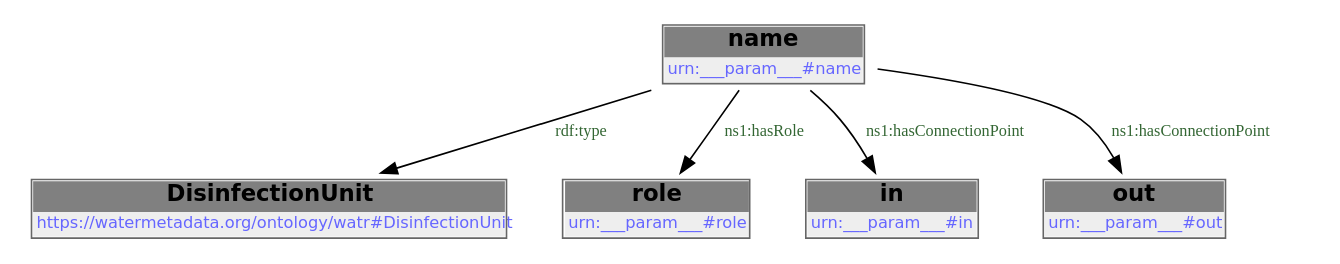
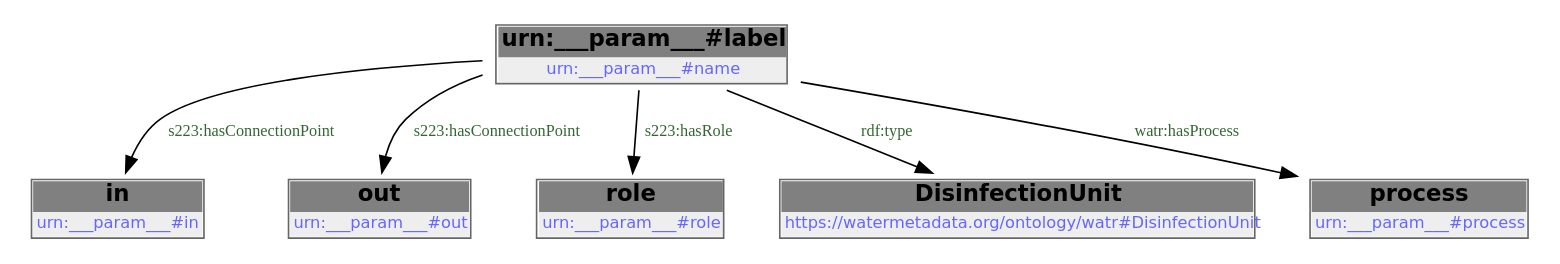
One commit to DataDrivenCPS/water-ontology changed the diagram in docs/libraries/templates/contact-chamber.rst. Above: the diagram before and after it, drawn with Graphviz. The commit also changed other lines of this file and 83 other files, not shown here.

```diff
--- a/docs/libraries/templates/contact-chamber.rst
+++ b/docs/libraries/templates/contact-chamber.rst
@@ -78,14 +81,22 @@
-        .. graphviz::
+.. graphviz::
 
-                digraph G {
-            node [fontname="DejaVu Sans"];
-            node0 -> node1 [color=BLACK, label=< <font point-size='10' color='#336633'>rdf:type</font> >];
-            node0 -> node2 [color=BLACK, label=< <font point-size='10' color='#336633'>ns1:hasRole</font> >];
-            node0 -> node3 [color=BLACK, label=< <font point-size='10' color='#336633'>ns1:hasConnectionPoint</font> >];
-            node0 -> node4 [color=BLACK, label=< <font point-size='10' color='#336633'>ns1:hasConnectionPoint</font> >];
-            node0 [shape=none, color=black, label=< <table color='#666666' cellborder='0' cellspacing='0' border='1'><tr><td colspan='2' bgcolor='grey'><B>name</B></td></tr><tr><td href='urn:___param___#name' bgcolor='#eeeeee' colspan='2'><font point-size='10' color='#6666ff'>urn:___param___#name</font></td></tr></table> >];
-            node1 [shape=none, color=black, label=< <table color='#666666' cellborder='0' cellspacing='0' border='1'><tr><td colspan='2' bgcolor='grey'><B>DisinfectionUnit</B></td></tr><tr><td href='https://watermetadata.org/ontology/watr#DisinfectionUnit' bgcolor='#eeeeee' colspan='2'><font point-size='10' color='#6666ff'>https://watermetadata.org/ontology/watr#DisinfectionUnit</font></td></tr></table> >];
-            node2 [shape=none, color=black, label=< <table color='#666666' cellborder='0' cellspacing='0' border='1'><tr><td colspan='2' bgcolor='grey'><B>role</B></td></tr><tr><td href='urn:___param___#role' bgcolor='#eeeeee' colspan='2'><font point-size='10' color='#6666ff'>urn:___param___#role</font></td></tr></table> >];
-            node3 [shape=none, color=black, label=< <table color='#666666' cellborder='0' cellspacing='0' border='1'><tr><td colspan='2' bgcolor='grey'><B>in</B></td></tr><tr><td href='urn:___param___#in' bgcolor='#eeeeee' colspan='2'><font point-size='10' color='#6666ff'>urn:___param___#in</font></td></tr></table> >];
-            node4 [shape=none, color=black, label=< <table color='#666666' cellborder='0' cellspacing='0' border='1'><tr><td colspan='2' bgcolor='grey'><B>out</B></td></tr><tr><td href='urn:___param___#out' bgcolor='#eeeeee' colspan='2'><font point-size='10' color='#6666ff'>urn:___param___#out</font></td></tr></table> >];
-            }
+    digraph {
+     node [ fontname="DejaVu Sans" ] ;
+        node0 -> node1 [ color=BLACK, label=< <font point-size='10' color='#336633'>s223:hasConnectionPoint</font> > ] ;
+        node0 -> node2 [ color=BLACK, label=< <font point-size='10' color='#336633'>s223:hasConnectionPoint</font> > ] ;
+        node0 -> node3 [ color=BLACK, label=< <font point-size='10' color='#336633'>s223:hasRole</font> > ] ;
+        node0 -> node4 [ color=BLACK, label=< <font point-size='10' color='#336633'>rdf:type</font> > ] ;
+        node0 -> node5 [ color=BLACK, label=< <font point-size='10' color='#336633'>watr:hasProcess</font> > ] ;
+    # urn:___param___#name node0
+    node0 [ shape=none, color=black label=< <table color='#666666' cellborder='0' cellspacing='0' border='1'><tr><td colspan='2' bgcolor='grey'><B>urn:___param___#label</B></td></tr><tr><td href='urn:___param___#name' bgcolor='#eeeeee' colspan='2'><font point-size='10' color='#6666ff'>urn:___param___#name</font></td></tr></table> > ]
+    # urn:___param___#in node1
+    node1 [ shape=none, color=black label=< <table color='#666666' cellborder='0' cellspacing='0' border='1'><tr><td colspan='2' bgcolor='grey'><B>in</B></td></tr><tr><td href='urn:___param___#in' bgcolor='#eeeeee' colspan='2'><font point-size='10' color='#6666ff'>urn:___param___#in</font></td></tr></table> > ]
+    # urn:___param___#out node2
+    node2 [ shape=none, color=black label=< <table color='#666666' cellborder='0' cellspacing='0' border='1'><tr><td colspan='2' bgcolor='grey'><B>out</B></td></tr><tr><td href='urn:___param___#out' bgcolor='#eeeeee' colspan='2'><font point-size='10' color='#6666ff'>urn:___param___#out</font></td></tr></table> > ]
+    # urn:___param___#role node3
+    node3 [ shape=none, color=black label=< <table color='#666666' cellborder='0' cellspacing='0' border='1'><tr><td colspan='2' bgcolor='grey'><B>role</B></td></tr><tr><td href='urn:___param___#role' bgcolor='#eeeeee' colspan='2'><font point-size='10' color='#6666ff'>urn:___param___#role</font></td></tr></table> > ]
+    # https://watermetadata.org/ontology/watr#DisinfectionUnit node4
+    node4 [ shape=none, color=black label=< <table color='#666666' cellborder='0' cellspacing='0' border='1'><tr><td colspan='2' bgcolor='grey'><B>DisinfectionUnit</B></td></tr><tr><td href='https://watermetadata.org/ontology/watr#DisinfectionUnit' bgcolor='#eeeeee' colspan='2'><font point-size='10' color='#6666ff'>https://watermetadata.org/ontology/watr#DisinfectionUnit</font></td></tr></table> > ]
+    # urn:___param___#process node5
+    node5 [ shape=none, color=black label=< <table color='#666666' cellborder='0' cellspacing='0' border='1'><tr><td colspan='2' bgcolor='grey'><B>process</B></td></tr><tr><td href='urn:___param___#process' bgcolor='#eeeeee' colspan='2'><font point-size='10' color='#6666ff'>urn:___param___#process</font></td></tr></table> > ]
+    }
```
